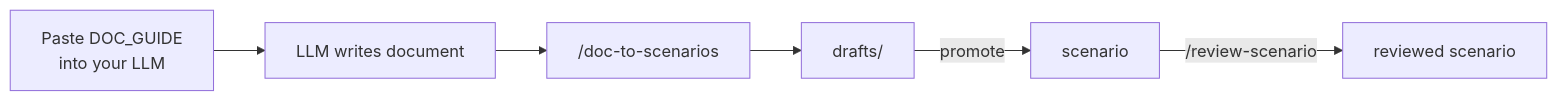
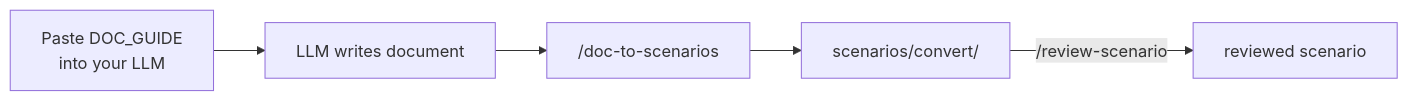
Before and after one commit to mattbobambrose/playwright-scenarios: the second of 5 diagrams in website/playwright-scenarios/docs/workflow.md, drawn with Mermaid. The commit also changed other lines of this file and 21 other files, not shown here.

First line of the commit message:
Partition scenarios by source command, drop drafts (v0.6.0) (#6)

````diff
--- a/website/playwright-scenarios/docs/workflow.md
+++ b/website/playwright-scenarios/docs/workflow.md
@@ -37,8 +37,7 @@
 ``` mermaid
 graph LR
     A[Paste DOC_GUIDE\ninto your LLM] --> B[LLM writes document]
     B --> C["/doc-to-scenarios"]
-    C --> D["drafts/"]
-    D -->|promote| E[scenario]
-    E -->|"/review-scenario"| F[reviewed scenario]
+    C --> D["scenarios/convert/"]
+    D -->|"/review-scenario"| E[reviewed scenario]
 ```
````
